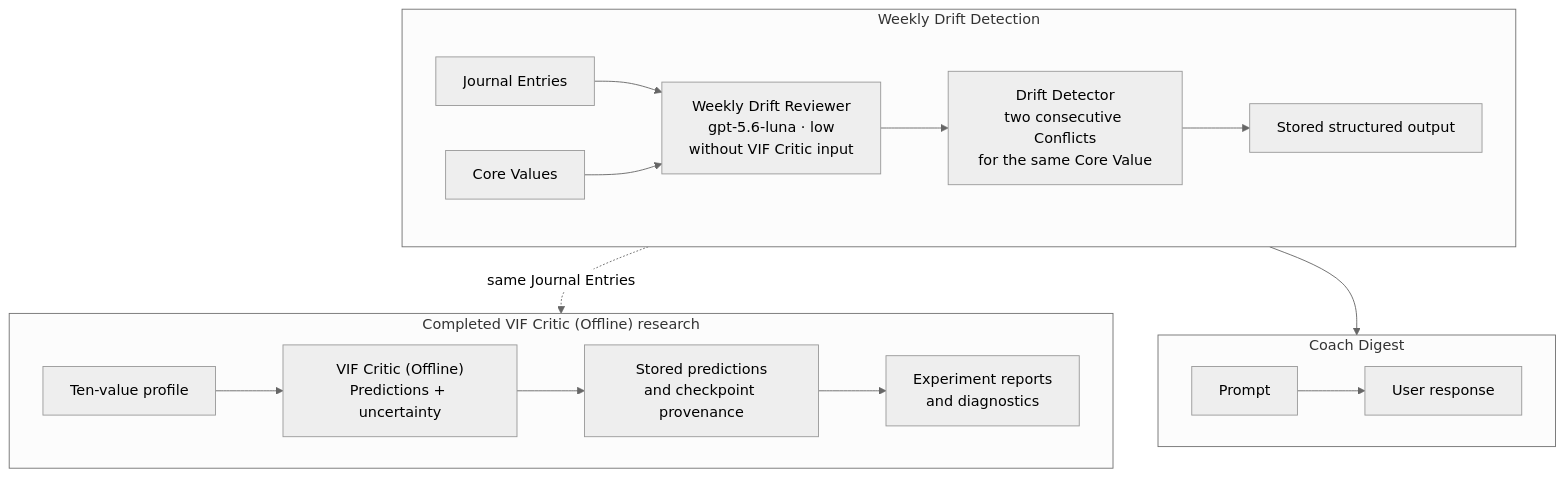
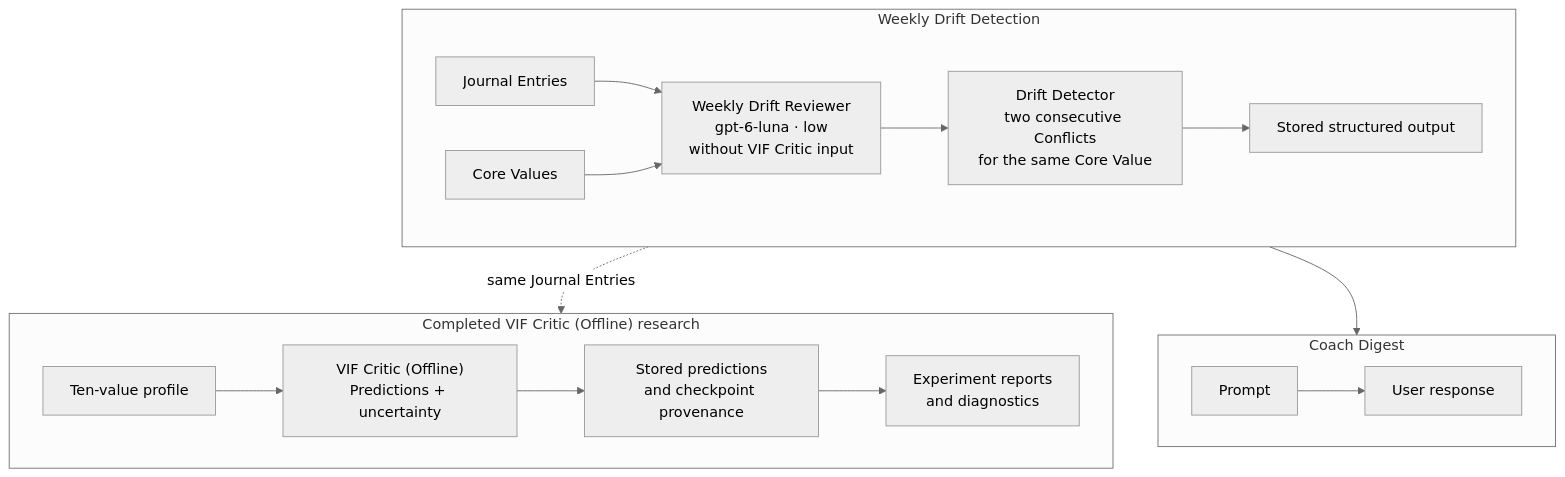
The diagram in docs/architecture/drift_detection.md (DesmondChoy/twinkl), drawn with Mermaid (neutral theme) before and after one commit. The commit also changed other lines of this file and 27 other files, not shown here.

````diff
--- a/docs/architecture/drift_detection.md
+++ b/docs/architecture/drift_detection.md
@@ -37,25 +38,25 @@
 ```mermaid
 flowchart TB
   subgraph USER["Weekly Drift Detection"]
     direction LR
-    JE["Journal Entries"] --> WDR["Weekly Drift Reviewer<br/>gpt-5.6-luna · low<br/>without VIF Critic input"]
+    JE["Journal Entries"] --> WDR["Weekly Drift Reviewer<br/>gpt-6-luna · low<br/>without VIF Critic input"]
     CV["Core Values"] --> WDR
     WDR --> DD["Drift Detector<br/>two consecutive Conflicts<br/>for the same Core Value"]
     DD --> WD["Stored structured output"]
   end
 
   subgraph COACH["Coach Digest"]
     direction LR
     WD --> PROMPT["Prompt"]
     PROMPT --> RESPONSE["User response"]
   end
 
   subgraph LEARN["Completed VIF Critic (Offline) research"]
     direction LR
     PROFILE["Ten-value profile"] --> VIF["VIF Critic (Offline)<br/>Predictions + uncertainty"]
     VIF --> STORE["Stored predictions<br/>and checkpoint provenance"]
     STORE --> REPORTS["Experiment reports<br/>and diagnostics"]
   end
 
   JE -. "same Journal Entries" .-> VIF
 ```
````
